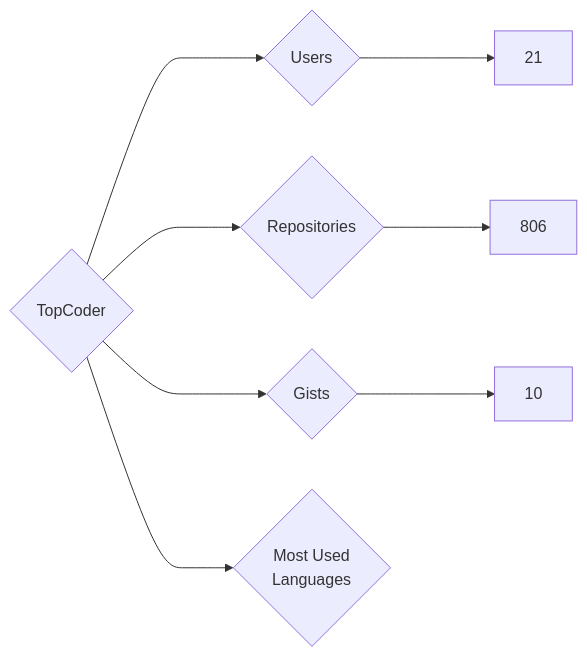
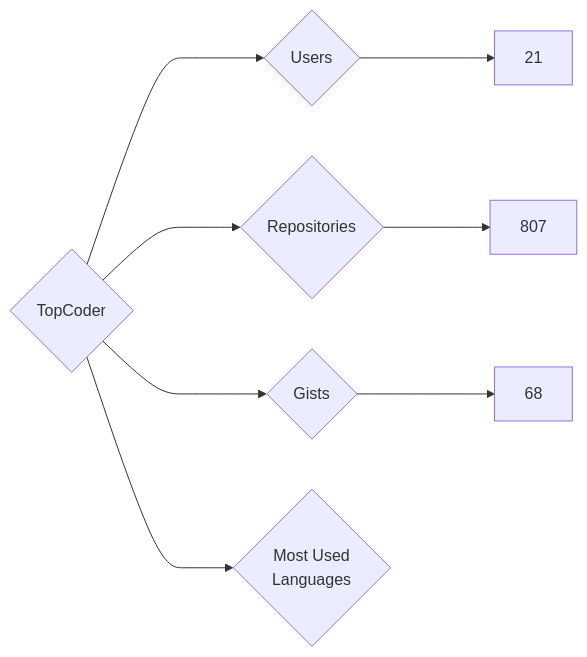
One commit to nenadzaric/insiders changed the diagram in targets/TopCoder/README.md. Above: the diagram before and after it, drawn with Mermaid. The commit also changed 1342 other files, not shown here.

````diff
--- a/targets/TopCoder/README.md
+++ b/targets/TopCoder/README.md
@@ -3,8 +3,8 @@
 ```mermaid
 graph LR
 COMPANY_NAME{TopCoder}
 COMPANY_NAME ---> U{Users} ---> UN[21]
-COMPANY_NAME ---> R{Repositories} ---> RN[806]
-COMPANY_NAME ---> G{Gists} ---> GN[10]
+COMPANY_NAME ---> R{Repositories} ---> RN[807]
+COMPANY_NAME ---> G{Gists} ---> GN[68]
 COMPANY_NAME ---> ML{Most Used<br>Languages}
 ```
````
